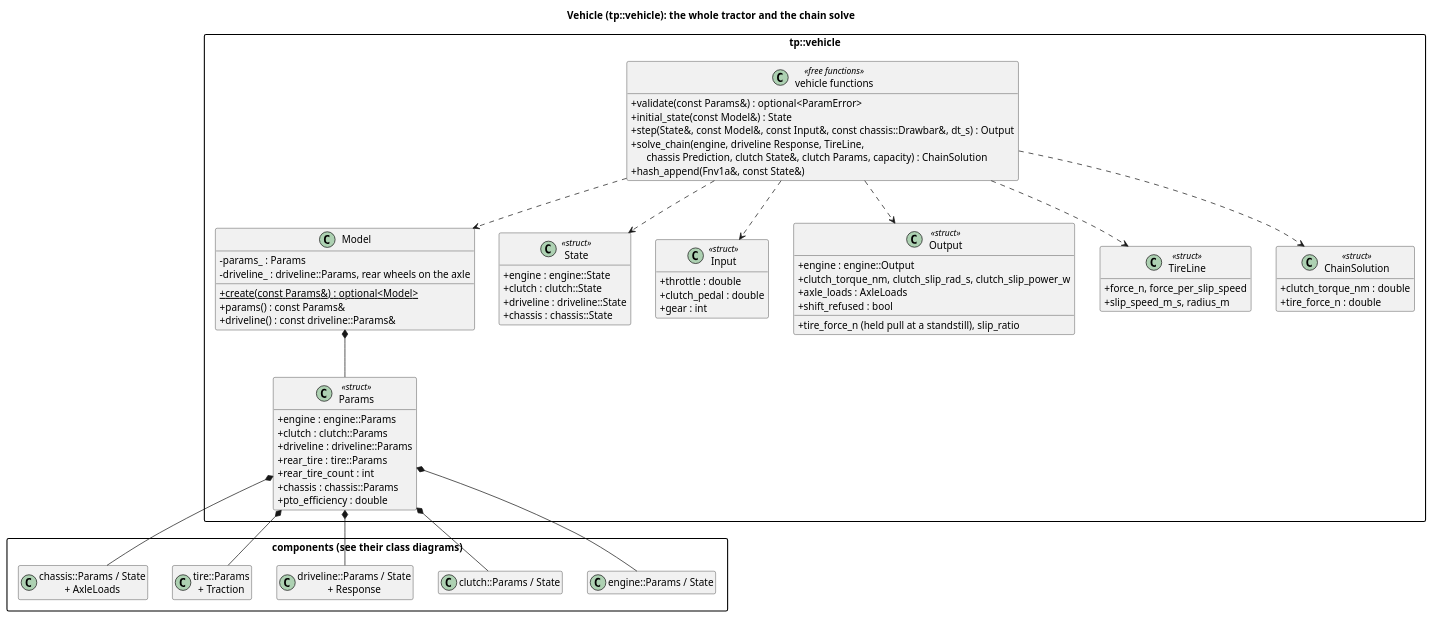
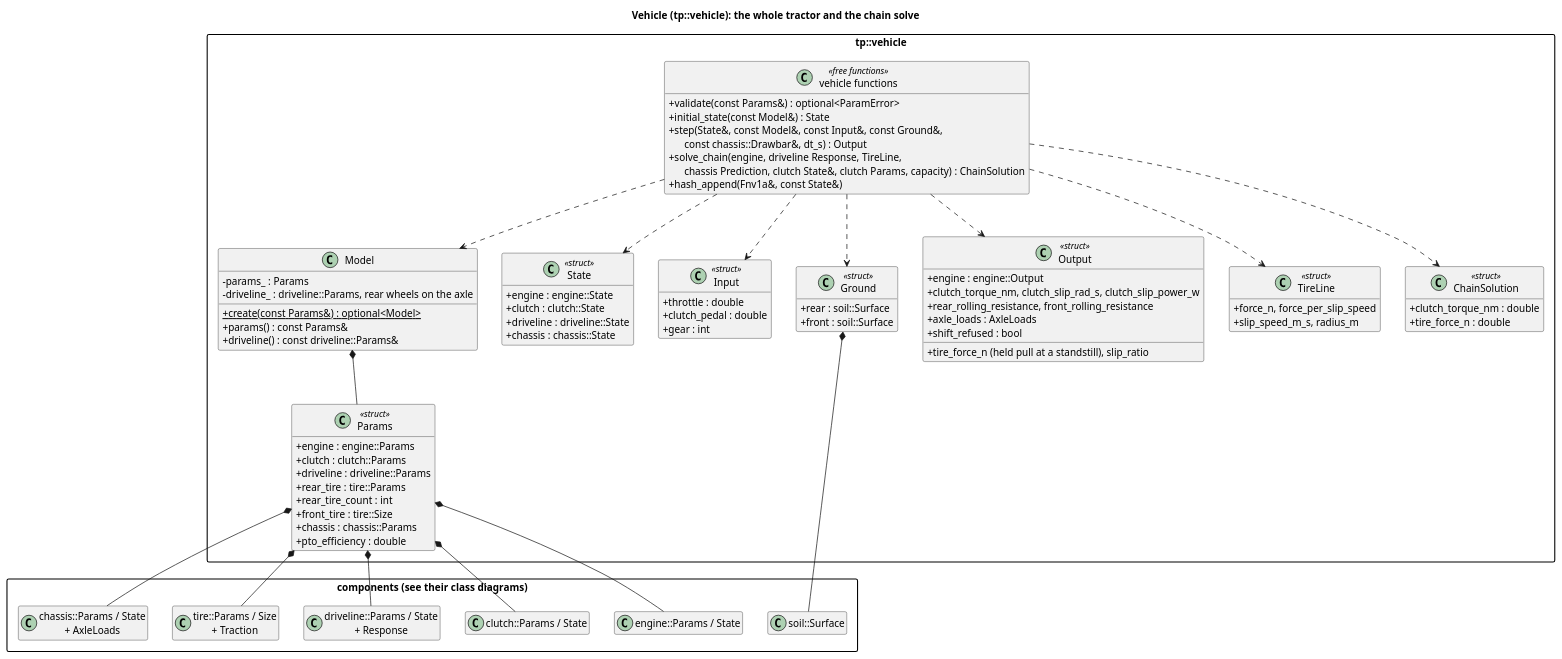
Before and after one commit to wversteeg/TractorPulling: the diagram in docs/diagrams/vehicle_classes.puml, drawn with PlantUML. The commit also changed 52 other files, not shown here.

```diff
--- a/docs/diagrams/vehicle_classes.puml
+++ b/docs/diagrams/vehicle_classes.puml
@@ -1,78 +1,87 @@
 @startuml vehicle_classes
 title Vehicle (tp::vehicle): the whole tractor and the chain solve
 hide empty members
 skinparam packageStyle rectangle
 skinparam classAttributeIconSize 0
 
 package "components (see their class diagrams)" {
   class "engine::Params / State" as Engine
   class "clutch::Params / State" as Clutch
   class "driveline::Params / State\n+ Response" as Driveline
-  class "tire::Params\n+ Traction" as Tire
+  class "tire::Params / Size\n+ Traction" as Tire
+  class "soil::Surface" as Surface
   class "chassis::Params / State\n+ AxleLoads" as Chassis
 }
 
 package "tp::vehicle" {
   class Params <<struct>> {
     +engine : engine::Params
     +clutch : clutch::Params
     +driveline : driveline::Params
     +rear_tire : tire::Params
     +rear_tire_count : int
+    +front_tire : tire::Size
     +chassis : chassis::Params
     +pto_efficiency : double
   }
   class Model {
     -params_ : Params
     -driveline_ : driveline::Params, rear wheels on the axle
     +{static} create(const Params&) : optional<Model>
     +params() : const Params&
     +driveline() : const driveline::Params&
   }
   class State <<struct>> {
     +engine : engine::State
     +clutch : clutch::State
     +driveline : driveline::State
     +chassis : chassis::State
   }
   class Input <<struct>> {
     +throttle : double
     +clutch_pedal : double
     +gear : int
   }
+  class Ground <<struct>> {
+    +rear : soil::Surface
+    +front : soil::Surface
+  }
   class Output <<struct>> {
     +engine : engine::Output
     +clutch_torque_nm, clutch_slip_rad_s, clutch_slip_power_w
     +tire_force_n (held pull at a standstill), slip_ratio
+    +rear_rolling_resistance, front_rolling_resistance
     +axle_loads : AxleLoads
     +shift_refused : bool
   }
   class TireLine <<struct>> {
     +force_n, force_per_slip_speed
     +slip_speed_m_s, radius_m
   }
   class ChainSolution <<struct>> {
     +clutch_torque_nm : double
     +tire_force_n : double
   }
   class "vehicle functions" as VehicleFns <<free functions>> {
     +validate(const Params&) : optional<ParamError>
     +initial_state(const Model&) : State
-    +step(State&, const Model&, const Input&, const chassis::Drawbar&, dt_s) : Output
+    +step(State&, const Model&, const Input&, const Ground&,\n      const chassis::Drawbar&, dt_s) : Output
     +solve_chain(engine, driveline Response, TireLine,\n      chassis Prediction, clutch State&, clutch Params, capacity) : ChainSolution
     +hash_append(Fnv1a&, const State&)
   }
   Model *-- Params
   VehicleFns ..> Model
   VehicleFns ..> State
   VehicleFns ..> Input
+  VehicleFns ..> Ground
   VehicleFns ..> Output
   VehicleFns ..> TireLine
   VehicleFns ..> ChainSolution
 }
 Params *-- Engine
 Params *-- Clutch
 Params *-- Driveline
 Params *-- Tire
 Params *-- Chassis
+Ground *-- Surface
 @enduml
```
